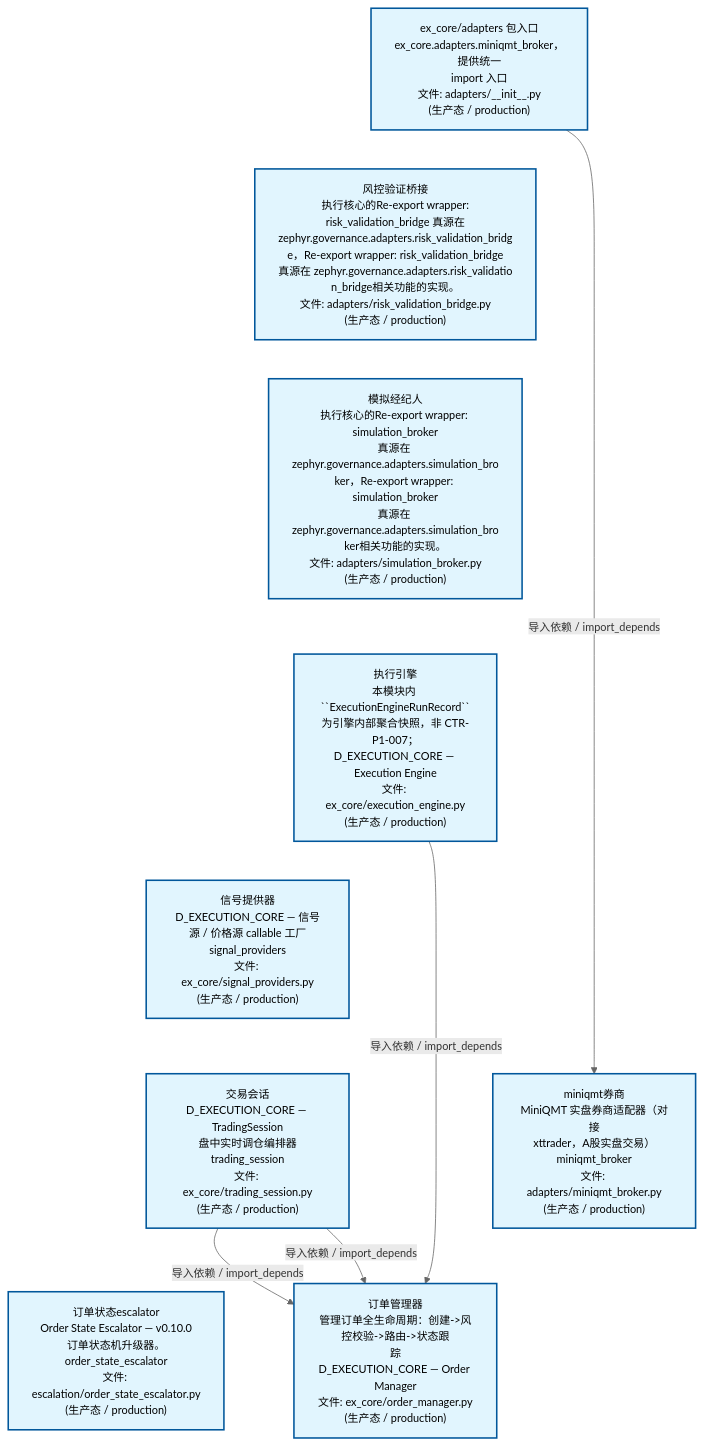
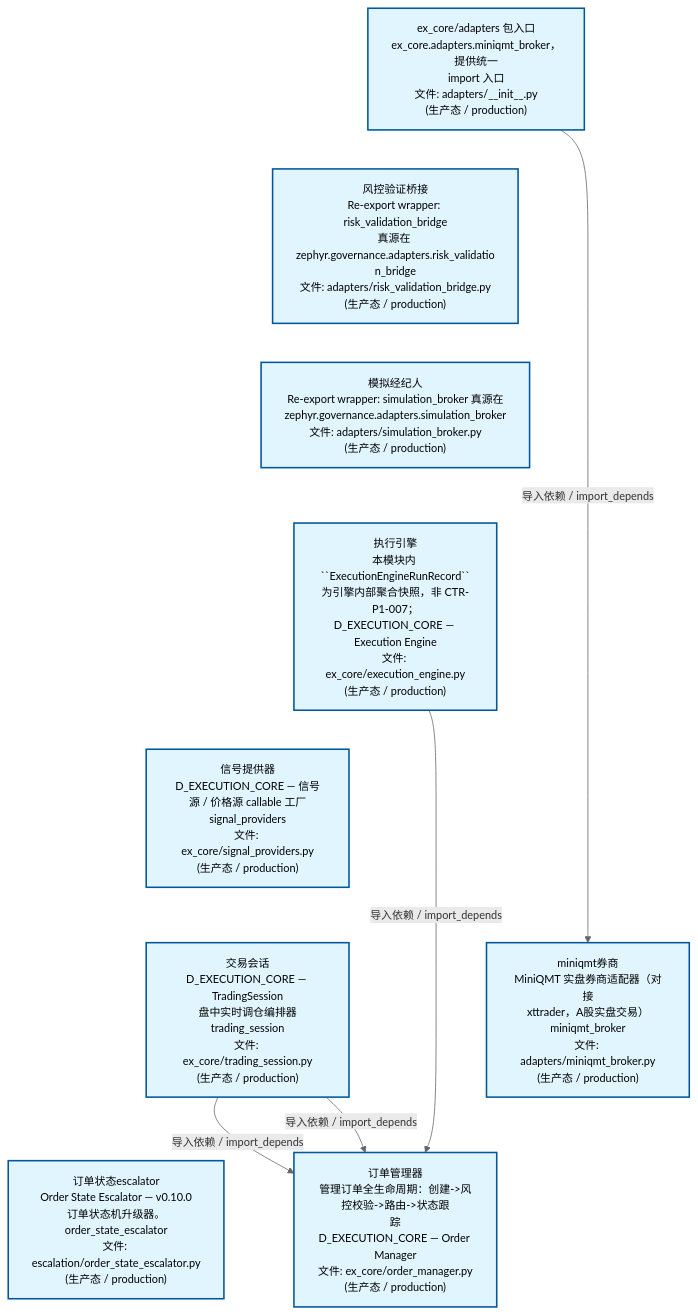
The second of 4 diagrams in docs/02_enterprise_architecture/02_domain_architecture_docs/44_d_ex_core.md (xuanFelixVan/ZephyrAlpha), drawn with Mermaid before and after one commit. The commit also changed other lines of this file and 41 other files, not shown here.

````diff
--- a/docs/02_enterprise_architecture/02_domain_architecture_docs/44_d_ex_core.md
+++ b/docs/02_enterprise_architecture/02_domain_architecture_docs/44_d_ex_core.md
@@ -170,29 +170,29 @@
 ```mermaid
 %%{init: {'theme': 'base', 'themeVariables': {'primaryColor': '#eaeaea', 'primaryTextColor': '#333333', 'primaryBorderColor': '#666666', 'lineColor': '#666666', 'secondaryColor': '#eaeaea', 'tertiaryColor': '#eaeaea', 'fontSize': '14px'}}}%%
 flowchart TD
     src_zephyr_ex_core_adapters_init_py["ex_core/adapters 包入口<br/>ex_core.adapters.miniqmt_broker，提供统一<br/>import 入口<br/>文件: adapters/__init__.py<br/>(生产态 / production)"]
-    src_zephyr_ex_core_adapters_risk_validation_bridge_py["风控验证桥接<br/>执行核心的Re-export wrapper:<br/>risk_validation_bridge 真源在<br/>zephyr.governance.adapters.risk_validation_bridg<br/>e，Re-export wrapper: risk_validation_bridge<br/>真源在 zephyr.governance.adapters.risk_validatio<br/>n_bridge相关功能的实现。<br/>文件: adapters/risk_validation_bridge.py<br/>(生产态 / production)"]
-    src_zephyr_ex_core_adapters_simulation_broker_py["模拟经纪人<br/>执行核心的Re-export wrapper: simulation_broker<br/>真源在 zephyr.governance.adapters.simulation_bro<br/>ker，Re-export wrapper: simulation_broker<br/>真源在 zephyr.governance.adapters.simulation_bro<br/>ker相关功能的实现。<br/>文件: adapters/simulation_broker.py<br/>(生产态 / production)"]
+    src_zephyr_ex_core_adapters_risk_validation_bridge_py["风控验证桥接<br/>Re-export wrapper: risk_validation_bridge<br/>真源在 zephyr.governance.adapters.risk_validatio<br/>n_bridge<br/>文件: adapters/risk_validation_bridge.py<br/>(生产态 / production)"]
+    src_zephyr_ex_core_adapters_simulation_broker_py["模拟经纪人<br/>Re-export wrapper: simulation_broker 真源在<br/>zephyr.governance.adapters.simulation_broker<br/>文件: adapters/simulation_broker.py<br/>(生产态 / production)"]
     src_zephyr_ex_core_execution_engine_py["执行引擎<br/>本模块内 ``ExecutionEngineRunRecord``<br/>为引擎内部聚合快照，非 CTR-P1-007；<br/>D_EXECUTION_CORE — Execution Engine<br/>文件: ex_core/execution_engine.py<br/>(生产态 / production)"]
     src_zephyr_ex_core_signal_providers_py["信号提供器<br/>D_EXECUTION_CORE — 信号源 / 价格源 callable 工厂<br/>signal_providers<br/>文件: ex_core/signal_providers.py<br/>(生产态 / production)"]
     src_zephyr_ex_core_trading_session_py["交易会话<br/>D_EXECUTION_CORE — TradingSession<br/>盘中实时调仓编排器<br/>trading_session<br/>文件: ex_core/trading_session.py<br/>(生产态 / production)"]
     src_zephyr_governance_escalation_order_state_escalator_py["订单状态escalator<br/>Order State Escalator — v0.10.0<br/>订单状态机升级器。<br/>order_state_escalator<br/>文件: escalation/order_state_escalator.py<br/>(生产态 / production)"]
     src_zephyr_ex_core_adapters_init_py ~~~ src_zephyr_ex_core_adapters_risk_validation_bridge_py
     src_zephyr_ex_core_adapters_risk_validation_bridge_py ~~~ src_zephyr_ex_core_adapters_simulation_broker_py
     src_zephyr_ex_core_adapters_simulation_broker_py ~~~ src_zephyr_ex_core_execution_engine_py
     src_zephyr_ex_core_execution_engine_py ~~~ src_zephyr_ex_core_signal_providers_py
     src_zephyr_ex_core_signal_providers_py ~~~ src_zephyr_ex_core_trading_session_py
     src_zephyr_ex_core_trading_session_py ~~~ src_zephyr_governance_escalation_order_state_escalator_py
     src_zephyr_ex_core_adapters_miniqmt_broker_py["miniqmt券商<br/>MiniQMT 实盘券商适配器（对接<br/>xttrader，A股实盘交易）<br/>miniqmt_broker<br/>文件: adapters/miniqmt_broker.py<br/>(生产态 / production)"]
     src_zephyr_ex_core_order_manager_py["订单管理器<br/>管理订单全生命周期：创建->风控校验->路由->状态跟<br/>踪<br/>D_EXECUTION_CORE — Order Manager<br/>文件: ex_core/order_manager.py<br/>(生产态 / production)"]
     src_zephyr_ex_core_adapters_miniqmt_broker_py ~~~ src_zephyr_ex_core_order_manager_py
     src_zephyr_ex_core_execution_engine_py -->|导入依赖 / import_depends| src_zephyr_ex_core_order_manager_py
     src_zephyr_ex_core_trading_session_py -->|导入依赖 / import_depends| src_zephyr_ex_core_order_manager_py
     src_zephyr_ex_core_trading_session_py -->|导入依赖 / import_depends| src_zephyr_ex_core_order_manager_py
     src_zephyr_ex_core_adapters_init_py -->|导入依赖 / import_depends| src_zephyr_ex_core_adapters_miniqmt_broker_py
     classDef production fill:#e1f5fe,stroke:#01579b,stroke-width:2px,color:#000
     classDef design fill:#fff3e0,stroke:#e65100,stroke-width:2px,color:#000,stroke-dasharray: 5 5
     classDef external_prod fill:#e8f4fd,stroke:#0277bd,stroke-width:1px,color:#000
     classDef external_design fill:#fff8e7,stroke:#ef6c00,stroke-width:1px,color:#000,stroke-dasharray: 5 5
     class src_zephyr_ex_core_adapters_init_py,src_zephyr_ex_core_adapters_miniqmt_broker_py,src_zephyr_ex_core_adapters_risk_validation_bridge_py,src_zephyr_ex_core_adapters_simulation_broker_py,src_zephyr_ex_core_execution_engine_py,src_zephyr_ex_core_order_manager_py,src_zephyr_ex_core_signal_providers_py,src_zephyr_ex_core_trading_session_py,src_zephyr_governance_escalation_order_state_escalator_py production
 ```
````
